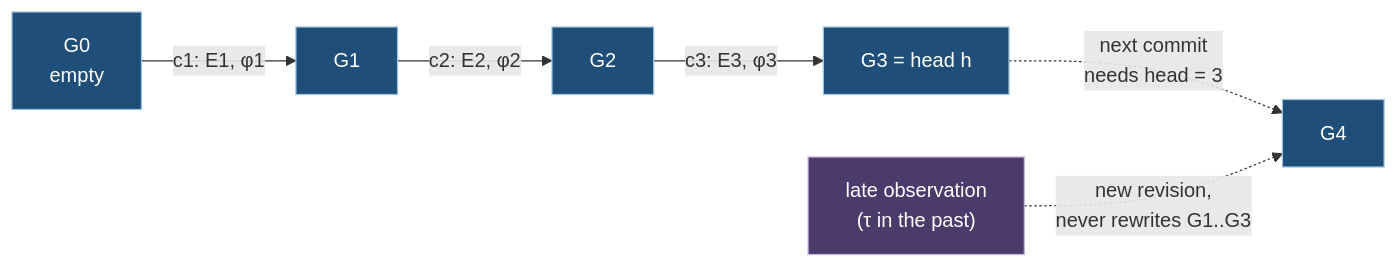
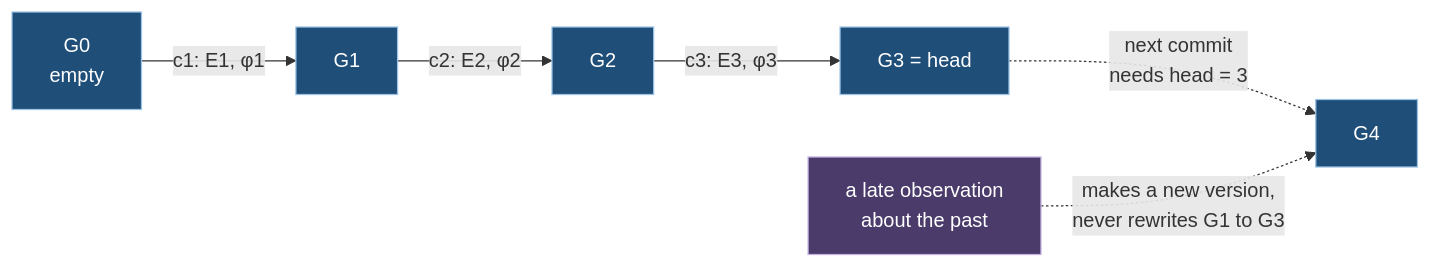
Before and after one commit to abossard/sattle: the diagram in paper/ch03-graphs-and-revisions.md, drawn with Mermaid. The commit also changed other lines of this file and 19 other files, not shown here.

````diff
--- a/paper/ch03-graphs-and-revisions.md
+++ b/paper/ch03-graphs-and-revisions.md
@@ -51,12 +70,12 @@
 ```mermaid
 flowchart LR
   G0["G0<br/>empty"] -- "c1: E1, φ1" --> G1["G1"]
   G1 -- "c2: E2, φ2" --> G2["G2"]
-  G2 -- "c3: E3, φ3" --> G3["G3 = head h"]
+  G2 -- "c3: E3, φ3" --> G3["G3 = head"]
   G3 -. "next commit<br/>needs head = 3" .-> G4["G4"]
-  S5["late observation<br/>(τ in the past)"] -. "new revision,<br/>never rewrites G1..G3" .-> G4
+  S5["a late observation<br/>about the past"] -. "makes a new version,<br/>never rewrites G1 to G3" .-> G4
   classDef st fill:#1f4e79,stroke:#9cc3e6,color:#ffffff
   classDef ev fill:#4a3b6b,stroke:#c3b1e1,color:#ffffff
   class G0,G1,G2,G3,G4 st
   class S5 ev
 ```
````
